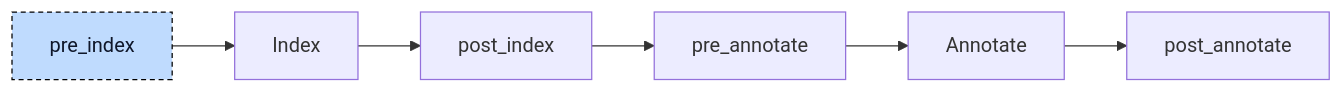
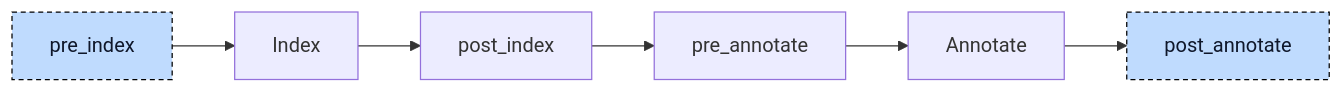
One commit to PLC-lang/rusty changed the diagram in book/technical/participants/01-loop-desugar.md. Above: the diagram before and after it, drawn with Mermaid. The commit also changed other lines of this file and 37 other files, not shown here.

````diff
--- a/book/technical/participants/01-loop-desugar.md
+++ b/book/technical/participants/01-loop-desugar.md
@@ -13,5 +13,6 @@
 ```mermaid
 flowchart LR
     pre_index[pre_index] --> index[Index] --> post_index[post_index] --> pre_annotate[pre_annotate] --> annotate[Annotate] --> post_annotate[post_annotate]
     style pre_index fill:#bfdbfe,stroke:#000,stroke-width:1px,stroke-dasharray:4 3,color:#0f172a
+    style post_annotate fill:#bfdbfe,stroke:#000,stroke-width:1px,stroke-dasharray:4 3,color:#0f172a
 ```
````
